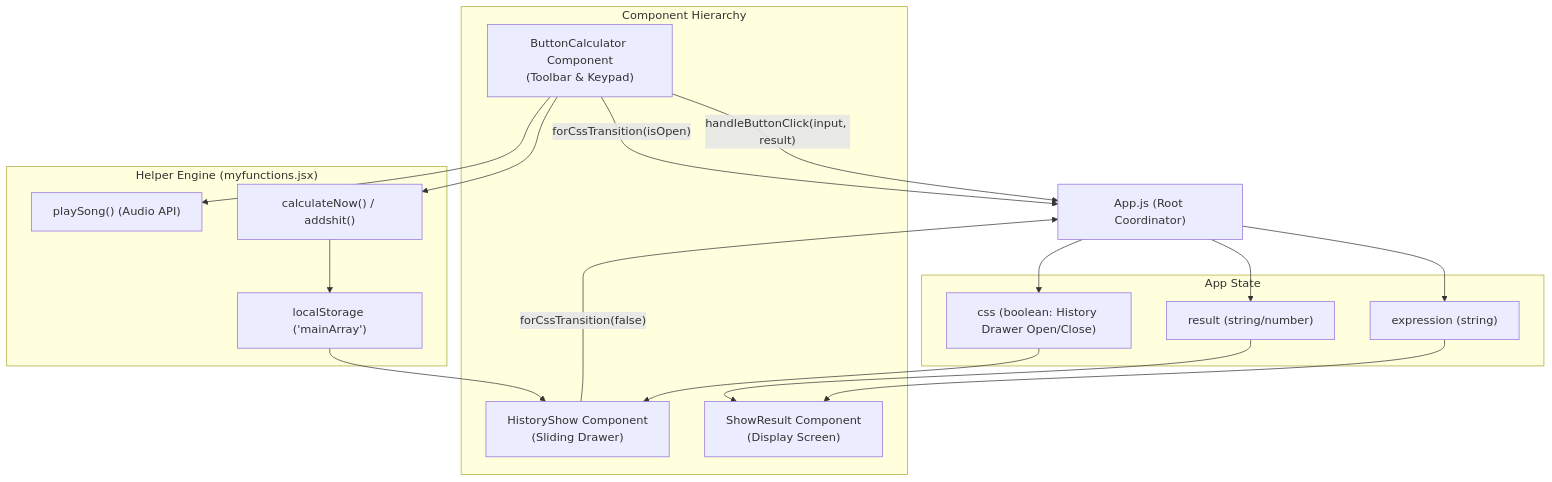
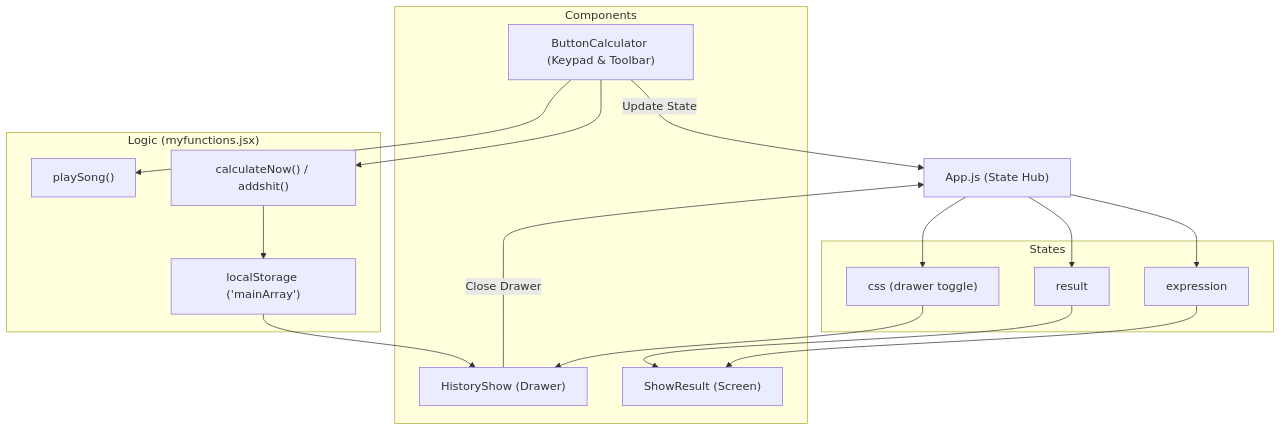
One commit to DragonXRX/calculator changed the first of 3 diagrams in README.md. Above: the diagram before and after it, drawn with Mermaid. The commit also changed other lines of this file and 1 other file, not shown here.

````diff
--- a/README.md
+++ b/README.md
@@ -102,34 +59,30 @@
 ```mermaid
 flowchart TD
-    App["App.js (Root Coordinator)"]
+    App["App.js (State Hub)"]
     
-    subgraph State["App State"]
-        Expr["expression (string)"]
-        Res["result (string/number)"]
-        CssDrawer["css (boolean: History Drawer Open/Close)"]
+    subgraph State["States"]
+        Expr["expression"]
+        Res["result"]
+        CssDrawer["css (drawer toggle)"]
     end
     
-    subgraph Components["Component Hierarchy"]
-        ShowResult["ShowResult Component<br/>(Display Screen)"]
-        ButtonCalc["ButtonCalculator Component<br/>(Toolbar & Keypad)"]
-        HistoryShow["HistoryShow Component<br/>(Sliding Drawer)"]
+    subgraph UI["Components"]
+        ShowResult["ShowResult (Screen)"]
+        ButtonCalc["ButtonCalculator (Keypad & Toolbar)"]
+        HistoryShow["HistoryShow (Drawer)"]
     end
     
-    subgraph LogicLayer["Helper Engine (myfunctions.jsx)"]
+    subgraph Engine["Logic (myfunctions.jsx)"]
         Calc["calculateNow() / addshit()"]
         Storage["localStorage ('mainArray')"]
-        Audio["playSong() (Audio API)"]
+        Audio["playSong()"]
     end
 
     App --> Expr & Res & CssDrawer
     Expr & Res --> ShowResult
     CssDrawer --> HistoryShow
-    ButtonCalc -- "handleButtonClick(input, result)" --> App
-    ButtonCalc -- "forCssTransition(isOpen)" --> App
-    HistoryShow -- "forCssTransition(false)" --> App
-    
-    ButtonCalc --> Calc
-    ButtonCalc --> Audio
-    Calc --> Storage
-    Storage --> HistoryShow
+    ButtonCalc -- "Update State" --> App
+    HistoryShow -- "Close Drawer" --> App
+    ButtonCalc --> Calc & Audio
+    Calc --> Storage --> HistoryShow
 ```
````
